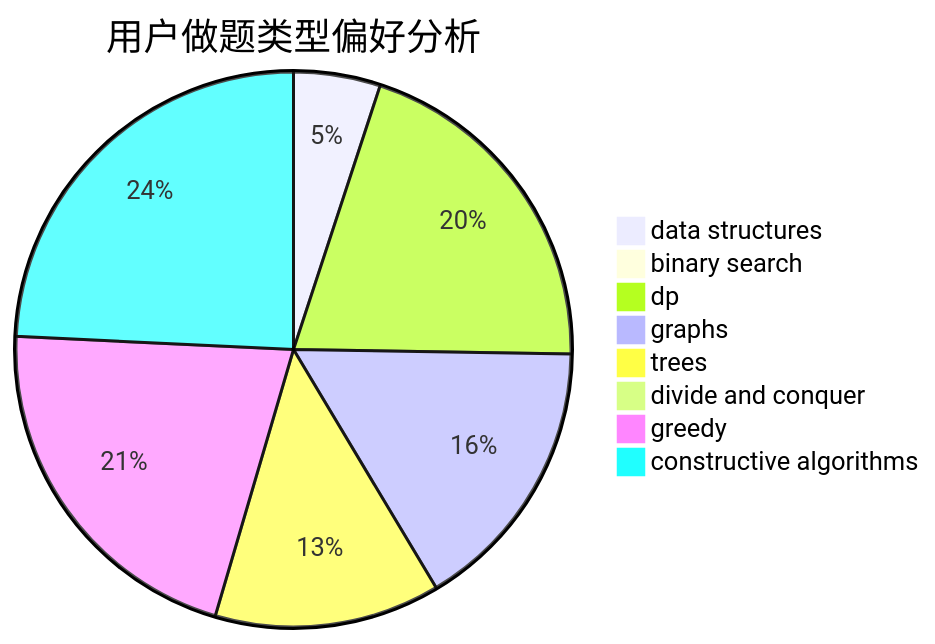
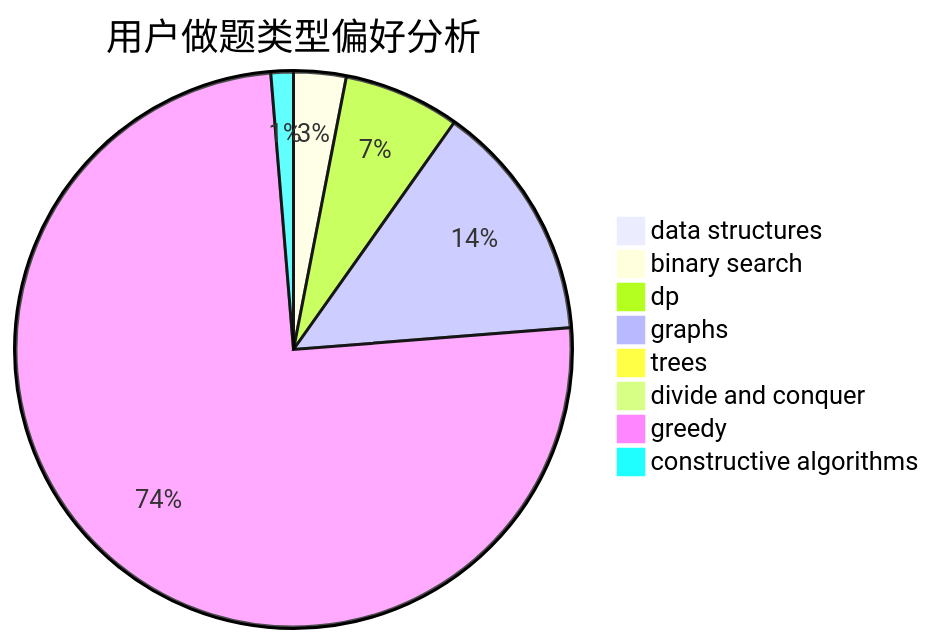
One commit to sherpahu/cfrs.github.io changed the second of 3 diagrams in docs/user/u270.md. Above: the diagram before and after it, drawn with Mermaid. The commit also changed other lines of this file and 2770 other files, not shown here.

````diff
--- a/docs/user/u270.md
+++ b/docs/user/u270.md
@@ -23,11 +23,11 @@
 ```mermaid
 pie title 用户做题类型偏好分析
-    "data structures" :  5
-    "binary search" :  0
-    "dp" :  20
-    "graphs" :  16
-    "trees" :  13
+    "data structures" :  4
+    "binary search" :  14
+    "dp" :  31
+    "graphs" :  64
+    "trees" :  3
     "divide and conquer" :  0
-    "greedy" :  21
-    "constructive algorithms" :  24
+    "greedy" :  344
+    "constructive algorithms" :  6
 ```
````
